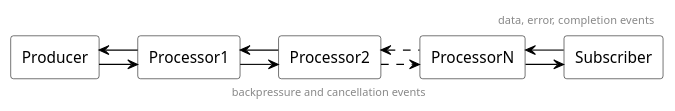
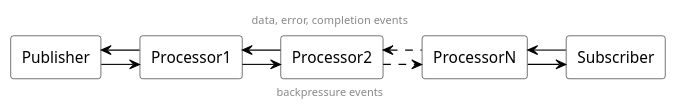
One commit to ti-cortex-m4/demo-java-reactive-streams-old changed the diagram in images/diagram.puml. Above: the diagram before and after it, drawn with PlantUML. The commit also changed 6 other files, not shown here.

```diff
--- a/images/diagram.puml
+++ b/images/diagram.puml
@@ -1,44 +1,44 @@
 @startuml
 
 skinparam linetype ortho
 skinparam RectangleBackgroundColor white
 skinparam RectangleBorderColor black
 skinparam RectangleFontName Source Sans Pro
 skinparam ArrowColor black
 
-header
+center header
 data, error, completion events
 end header
 
-footer
-backpressure and cancellation events
+center footer
+backpressure events
 end footer
 
-rectangle Producer {
+rectangle Publisher {
 }
 
 rectangle Processor1 {
 }
 
 rectangle Processor2 {
 }
 
 rectangle ProcessorN {
 }
 
 rectangle Subscriber {
 }
 
-Producer <- Processor1
-Producer -right> Processor1
+Publisher <- Processor1
+Publisher -right> Processor1
 
 Processor1 <- Processor2
 Processor1 -right> Processor2
 
 Processor2 <. ProcessorN
 Processor2 .right> ProcessorN
 
 ProcessorN <- Subscriber
 ProcessorN -right> Subscriber
 
 @enduml
```
